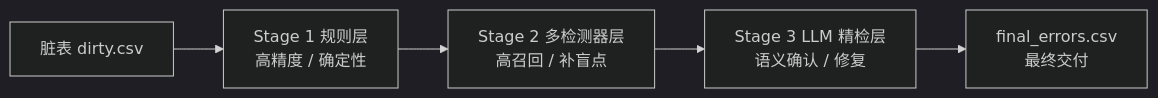
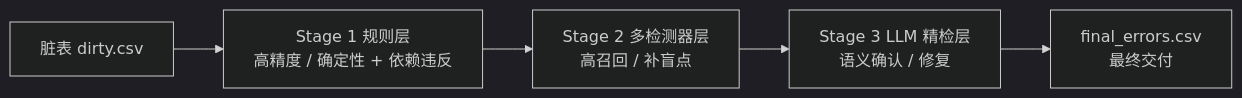
Before and after one commit to 1993371829/error_detect: the second of 3 diagrams in PIPELINE.md, drawn with Mermaid (dark theme). The commit also changed other lines of this file and 10 other files, not shown here.

````diff
--- a/PIPELINE.md
+++ b/PIPELINE.md
@@ -42,7 +88,7 @@
 ```mermaid
 flowchart LR
-    IN["脏表 dirty.csv"] --> S1["Stage 1 规则层<br/>高精度 / 确定性"]
+    IN["脏表 dirty.csv"] --> S1["Stage 1 规则层<br/>高精度 / 确定性 + 依赖违反"]
     S1 --> S2["Stage 2 多检测器层<br/>高召回 / 补盲点"]
     S2 --> S3["Stage 3 LLM 精检层<br/>语义确认 / 修复"]
     S3 --> OUT["final_errors.csv<br/>最终交付"]
 ```
````
